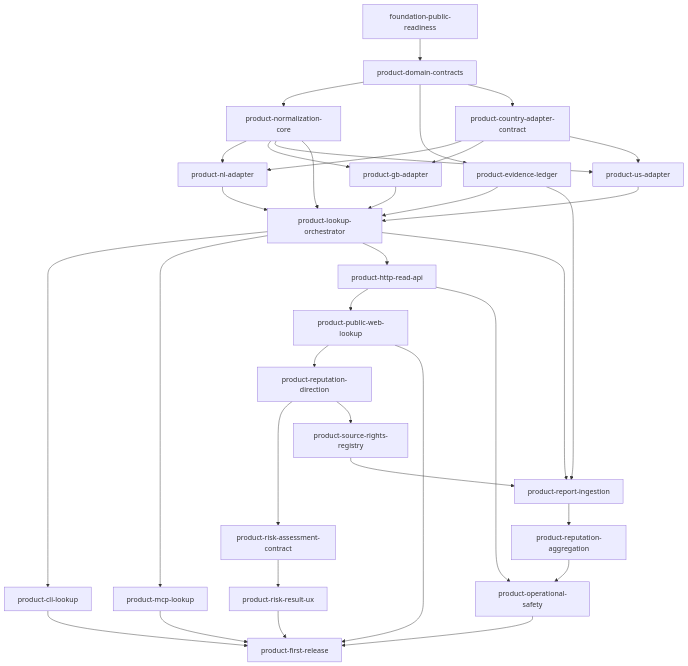
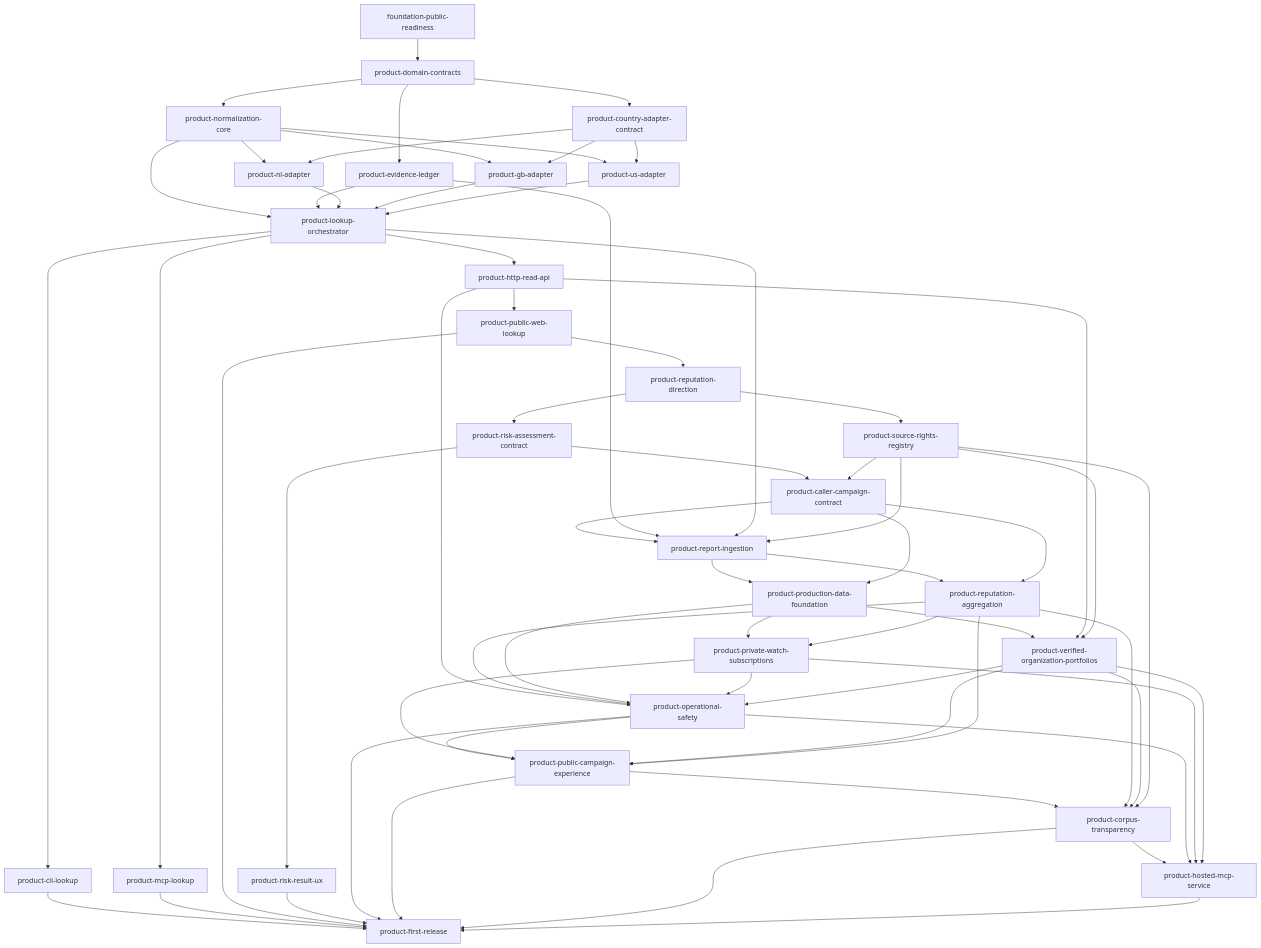
The diagram in docs/implementation-plan.md (viggomeesters/callersignal), drawn with Mermaid before and after one commit. The commit also changed other lines of this file and 19 other files, not shown here.

Commit message:
plan: add caller campaign intelligence work

````diff
--- a/docs/implementation-plan.md
+++ b/docs/implementation-plan.md
@@ -189,37 +247,66 @@
 ```mermaid
 flowchart TD
     F[foundation-public-readiness] --> D[product-domain-contracts]
     D --> N[product-normalization-core]
     D --> E[product-evidence-ledger]
     D --> C[product-country-adapter-contract]
     N --> NL[product-nl-adapter]
     C --> NL
     N --> GB[product-gb-adapter]
     C --> GB
     N --> US[product-us-adapter]
     C --> US
     N --> O[product-lookup-orchestrator]
     E --> O
     NL --> O
     GB --> O
     US --> O
     O --> CLI[product-cli-lookup]
     O --> MCP[product-mcp-lookup]
     O --> HTTP[product-http-read-api]
     HTTP --> WEB[product-public-web-lookup]
     WEB --> DIR[product-reputation-direction]
     DIR --> RISK[product-risk-assessment-contract]
     RISK --> RUX[product-risk-result-ux]
     DIR --> SR[product-source-rights-registry]
+    RISK --> CC[product-caller-campaign-contract]
+    SR --> CC
+    CC --> R
     E --> R[product-report-ingestion]
     O --> R
     SR --> R
     R --> A[product-reputation-aggregation]
+    CC --> A
+    R --> DATA[product-production-data-foundation]
+    CC --> DATA
+    DATA --> WATCH[product-private-watch-subscriptions]
+    A --> WATCH
+    DATA --> ORG[product-verified-organization-portfolios]
+    HTTP --> ORG
+    SR --> ORG
     HTTP --> OPS[product-operational-safety]
     A --> OPS
+    DATA --> OPS
+    WATCH --> OPS
+    ORG --> OPS
+    OPS --> EXP[product-public-campaign-experience]
+    WATCH --> EXP
+    ORG --> EXP
+    A --> EXP
+    EXP --> TRANS[product-corpus-transparency]
+    A --> TRANS
+    ORG --> TRANS
+    SR --> TRANS
+    TRANS --> RMCP[product-hosted-mcp-service]
+    OPS --> RMCP
+    WATCH --> RMCP
+    ORG --> RMCP
     CLI --> REL[product-first-release]
     MCP --> REL
     WEB --> REL
     RUX --> REL
     OPS --> REL
+    EXP --> REL
+    TRANS --> REL
+    RMCP --> REL
 ```
````
